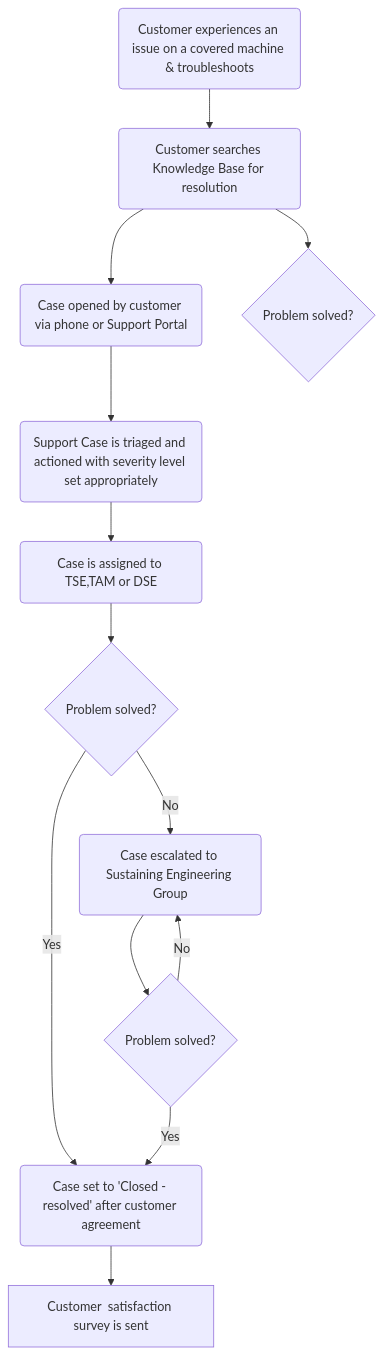
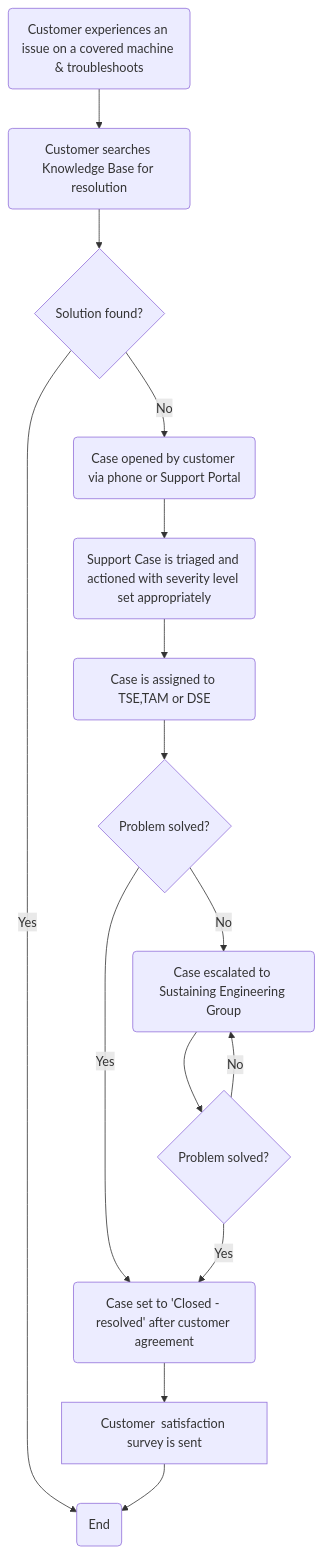
Before and after one commit to canonical/ubuntu-pro-docs: the diagram in support-overview.rst, drawn with Mermaid.

Commit message:
Fixed flowchart

```diff
--- a/support-overview.rst
+++ b/support-overview.rst
@@ -53,16 +53,19 @@
 .. mermaid::
     :zoom:
     
     flowchart TD
-        A(Customer experiences an issue on a covered machine & troubleshoots)-->B(Customer searches Knowledge Base for resolution)
-        B --> C(Case opened by customer via phone or Support Portal)
-        B --> D{Problem solved?}
-        C --> F(Support Case is triaged and actioned with severity level set appropriately)
+        Start(Customer experiences an issue on a covered machine & troubleshoots)-->Search(Customer searches Knowledge Base for resolution)
+        Search -->  D{Solution found?}
+            D --> |No| Case
+            D --> |Yes| End
+        Case(Case opened by customer via phone or Support Portal)
+        Case --> F(Support Case is triaged and actioned with severity level set appropriately)
         F --> G(Case is assigned to TSE,TAM or DSE)
         G --> H{Problem solved?}
             H --> |Yes| I(Case set to 'Closed - resolved' after customer agreement)
             H --> |No| K(Case escalated to Sustaining Engineering Group)
-        I --> J[Customer  satisfaction survey is sent]
+        I --> J[Customer  satisfaction survey is sent] --> End
         K --> L{Problem solved?}
             L --> |Yes| I
             L --> |No| K
+        End(End)
```
